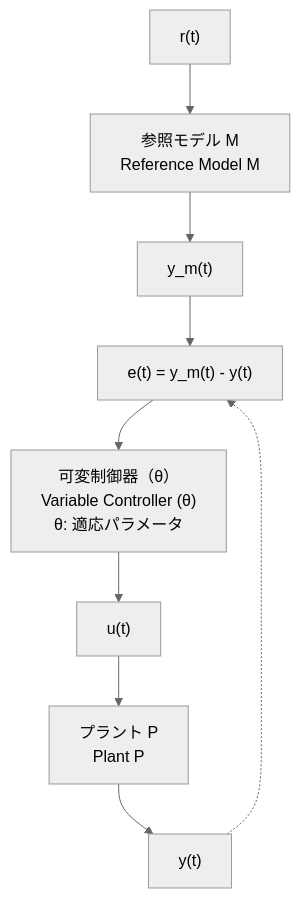
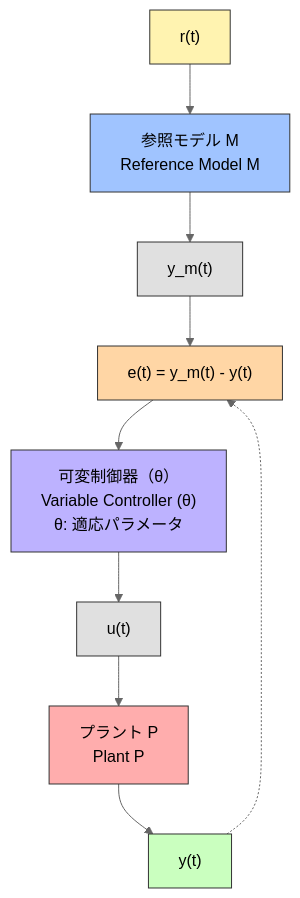
Before and after one commit to Samizo-AITL/EduController: the diagram in part03_adaptive/theory/02_mrac_design.md, drawn with Mermaid (neutral theme). The commit also changed other lines of this file, not shown here.

````diff
--- a/part03_adaptive/theory/02_mrac_design.md
+++ b/part03_adaptive/theory/02_mrac_design.md
@@ -34,11 +36,19 @@
 ```mermaid
 flowchart TB
-    R["r(t)"] --> M["参照モデル M<br/>Reference Model M"]
-    M --> YM["y_m(t)"]
-    YM --> E["e(t) = y_m(t) - y(t)"]
-    E --> CTRL["可変制御器（θ）<br/>Variable Controller (θ)<br/>θ: 適応パラメータ"]
-    CTRL --> U["u(t)"]
-    U --> P["プラント P<br/>Plant P"]
-    P --> Y["y(t)"]
+    R["r(t)"]:::input --> M["参照モデル M<br/>Reference Model M"]:::model
+    M --> YM["y_m(t)"]:::signal
+    YM --> E["e(t) = y_m(t) - y(t)"]:::error
+    E --> CTRL["可変制御器（θ）<br/>Variable Controller (θ)<br/>θ: 適応パラメータ"]:::controller
+    CTRL --> U["u(t)"]:::signal
+    U --> P["プラント P<br/>Plant P"]:::plant
+    P --> Y["y(t)"]:::output
     Y -.-> E
+
+    classDef input fill:#FFF3B0,stroke:#333,stroke-width:1px;
+    classDef model fill:#A0C4FF,stroke:#333,stroke-width:1px;
+    classDef controller fill:#BDB2FF,stroke:#333,stroke-width:1px;
+    classDef plant fill:#FFADAD,stroke:#333,stroke-width:1px;
+    classDef error fill:#FFD6A5,stroke:#333,stroke-width:1px;
+    classDef signal fill:#E0E0E0,stroke:#333,stroke-width:1px;
+    classDef output fill:#CAFFBF,stroke:#333,stroke-width:1px;
 ```
````
